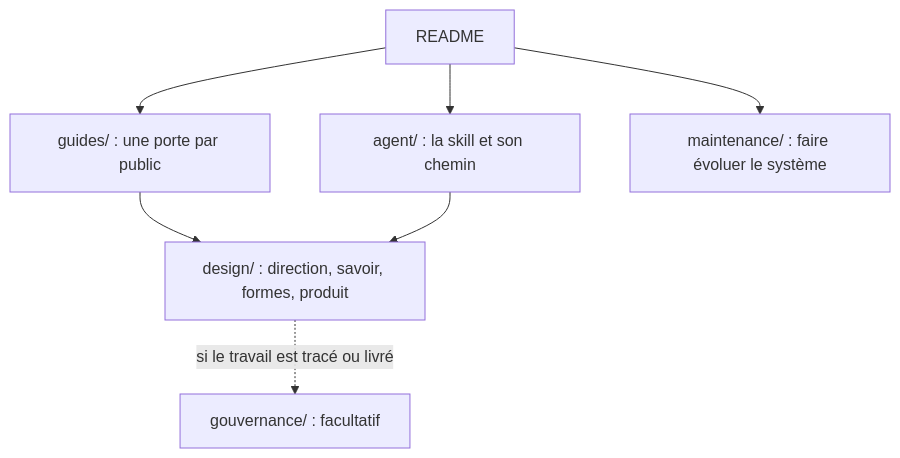
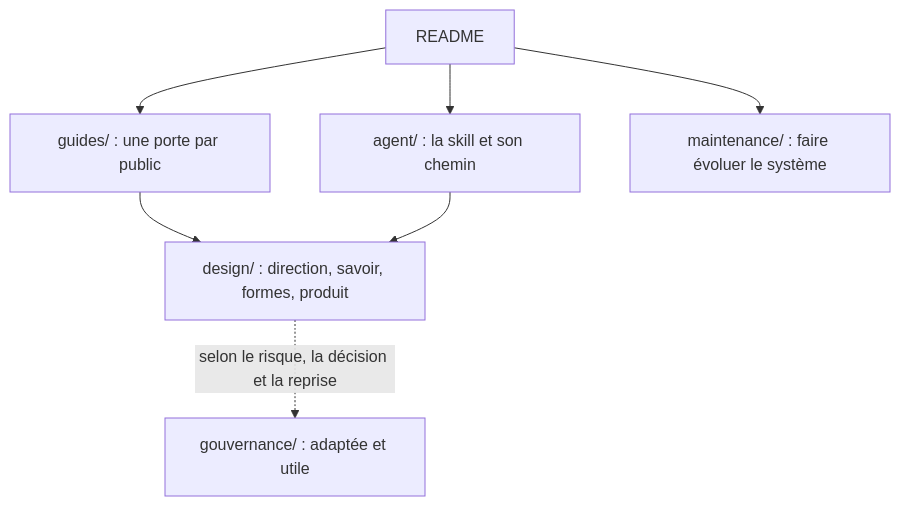
The diagram in README.md (Palolo875/DESIGN-GOVERNANCE1), drawn with Mermaid before and after one commit. The commit also changed other lines of this file and 32 other files, not shown here.

````diff
--- a/README.md
+++ b/README.md
@@ -50,9 +50,9 @@
 ```mermaid
 flowchart TD
   R["README"] --> G["guides/ : une porte par public"]
   G --> D["design/ : direction, savoir, formes, produit"]
   R --> AG["agent/ : la skill et son chemin"]
   AG --> D
-  D -. "si le travail est tracé ou livré" .-> GV["gouvernance/ : facultatif"]
+  D -. "selon le risque, la décision et la reprise" .-> GV["gouvernance/ : adaptée et utile"]
   R --> M["maintenance/ : faire évoluer le système"]
 ```
````
